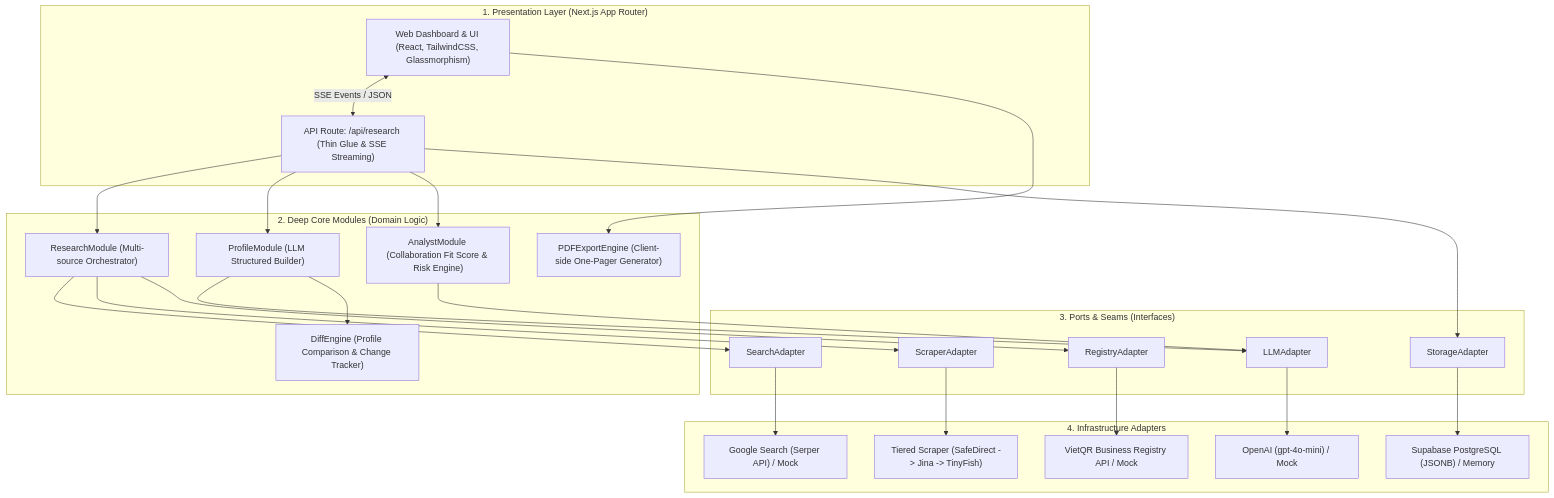
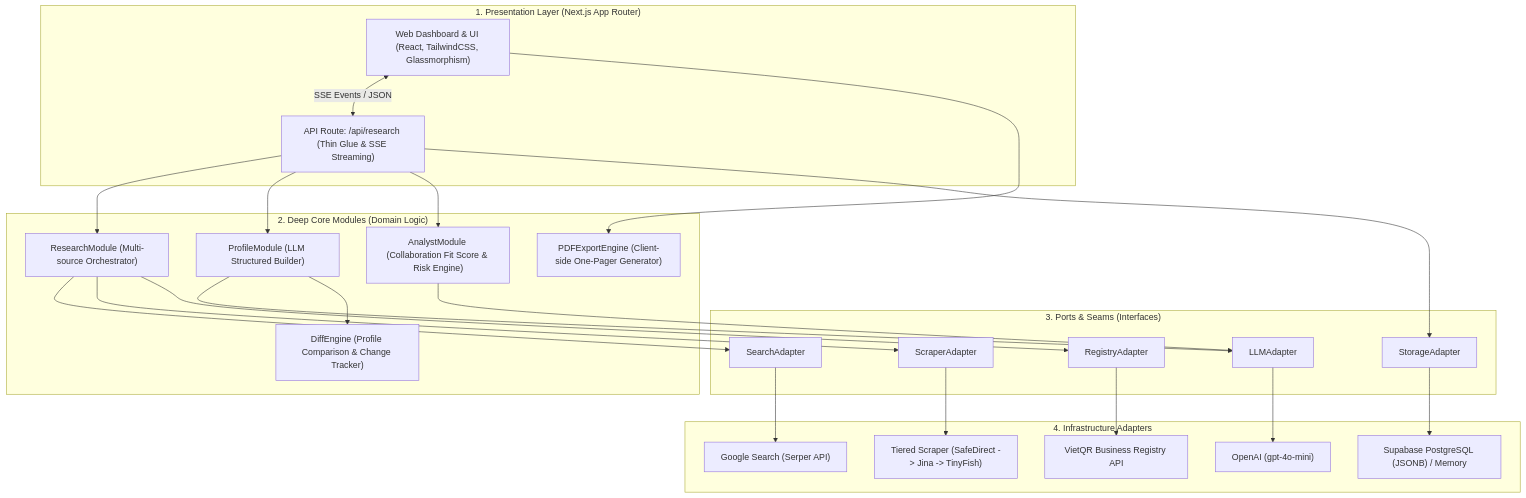
One commit to devonxjz/TechBridgeAI changed the first of 4 diagrams in README.md. Above: the diagram before and after it, drawn with Mermaid. The commit also changed other lines of this file and 25 other files, not shown here.

````diff
--- a/README.md
+++ b/README.md
@@ -55,51 +55,51 @@
 ```mermaid
 graph TB
   subgraph Presentation ["1. Presentation Layer (Next.js App Router)"]
     UI["Web Dashboard & UI (React, TailwindCSS, Glassmorphism)"]
     API["API Route: /api/research (Thin Glue & SSE Streaming)"]
   end
 
   subgraph CoreModules ["2. Deep Core Modules (Domain Logic)"]
     RM["ResearchModule (Multi-source Orchestrator)"]
     PM["ProfileModule (LLM Structured Builder)"]
     DE["DiffEngine (Profile Comparison & Change Tracker)"]
     AM["AnalystModule (Collaboration Fit Score & Risk Engine)"]
     PDF["PDFExportEngine (Client-side One-Pager Generator)"]
   end
 
   subgraph Ports ["3. Ports & Seams (Interfaces)"]
     PortLLM["LLMAdapter"]
     PortSearch["SearchAdapter"]
     PortScraper["ScraperAdapter"]
     PortRegistry["RegistryAdapter"]
     PortStorage["StorageAdapter"]
   end
 
   subgraph Adapters ["4. Infrastructure Adapters"]
-    OpenAI["OpenAI (gpt-4o-mini) / Mock"]
-    Serper["Google Search (Serper API) / Mock"]
+    OpenAI["OpenAI (gpt-4o-mini)"]
+    Serper["Google Search (Serper API)"]
     TieredScraper["Tiered Scraper (SafeDirect -> Jina -> TinyFish)"]
-    VietQR["VietQR Business Registry API / Mock"]
+    VietQR["VietQR Business Registry API"]
     Supabase["Supabase PostgreSQL (JSONB) / Memory"]
   end
 
   UI <-->|SSE Events / JSON| API
   UI --> PDF
   API --> RM
   API --> PM
   API --> AM
 
   RM --> PortSearch
   RM --> PortScraper
   RM --> PortRegistry
   PM --> PortLLM
   PM --> DE
   AM --> PortLLM
   API --> PortStorage
 
   PortLLM --> OpenAI
   PortSearch --> Serper
   PortScraper --> TieredScraper
   PortRegistry --> VietQR
   PortStorage --> Supabase
 ```
````
